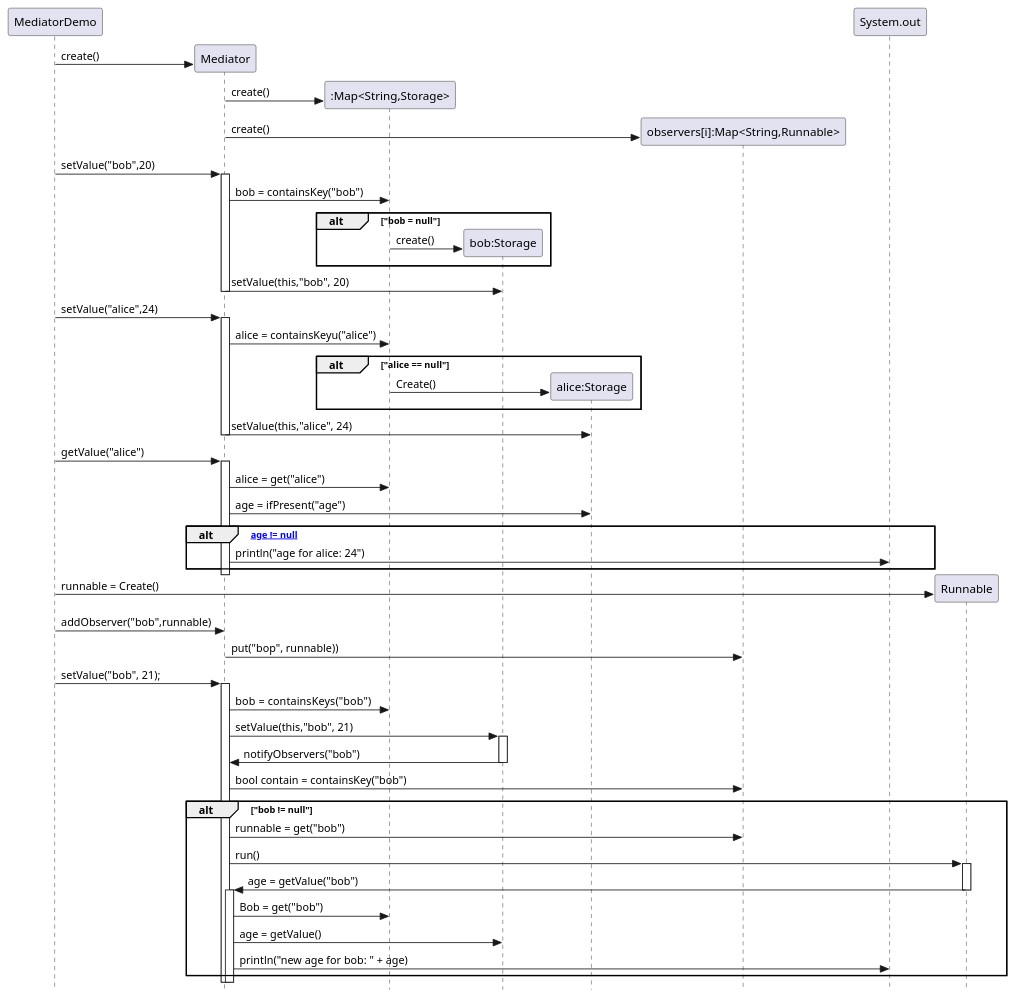
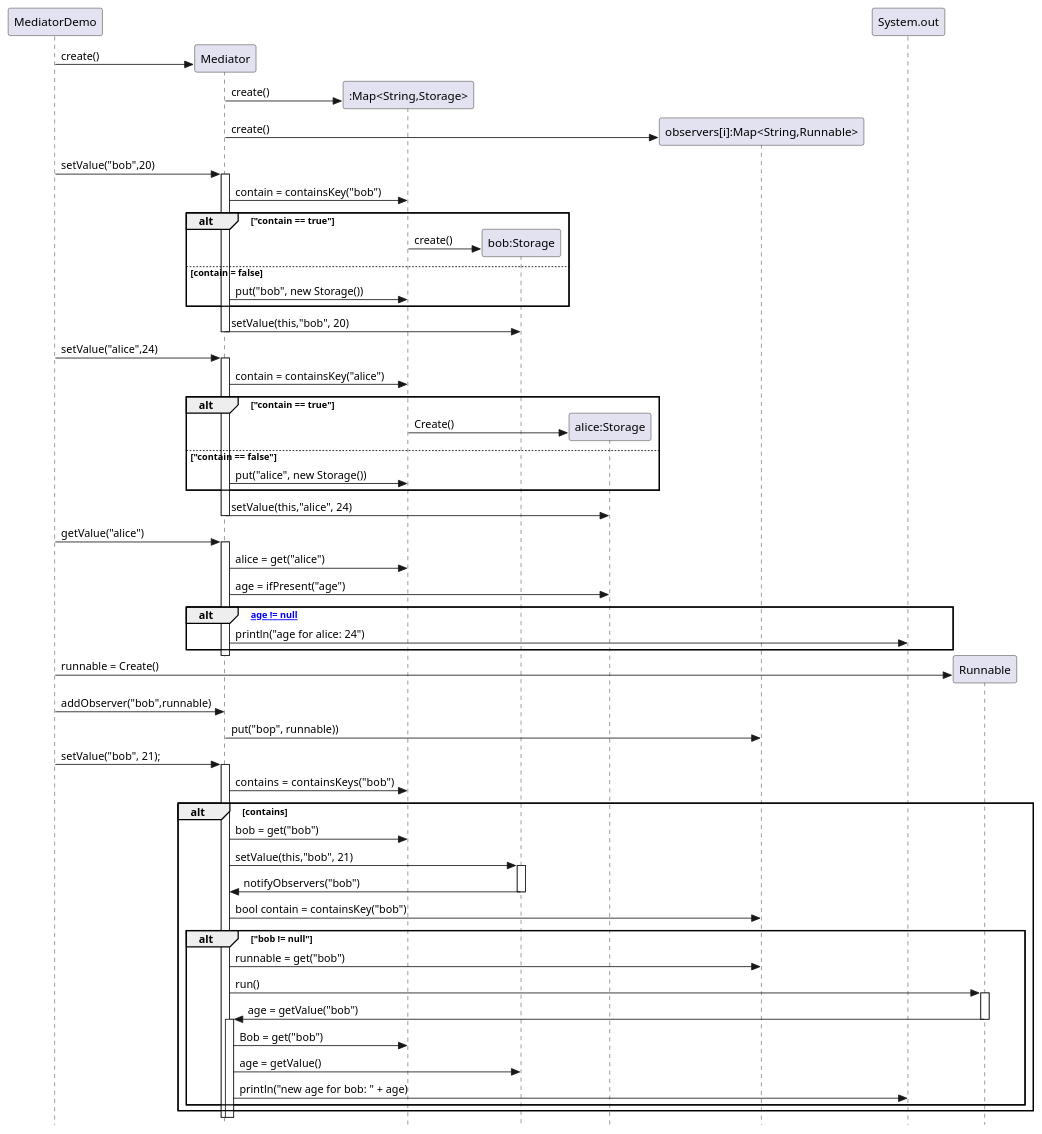
The second of 2 diagrams in src/main/java/Mediateur/Storage/README.md (yvanross/LOG121-GOF-exemples), drawn with PlantUML before and after one commit.

Commit message:
update containsKey

````diff
--- a/src/main/java/Mediateur/Storage/README.md
+++ b/src/main/java/Mediateur/Storage/README.md
@@ -15,68 +15,75 @@
 ```plantuml
 @startuml
 skinparam style strictuml
 participant MediatorDemo 
 participant Mediator
 participant ":Map<String,Storage>" as MSS
 participant "bob:Storage" as Bob
 participant "alice:Storage" as Alice
 participant "observers[i]:Map<String,Runnable>" as Observers
 
 MediatorDemo -> Mediator**: create()
 Mediator -> MSS**: create()
 Mediator -> Observers**: create()
 MediatorDemo -> Mediator: setValue("bob",20)
 activate Mediator
-Mediator -> MSS: bob = containsKey("bob")
-alt "bob = null"
+Mediator -> MSS: contain = containsKey("bob")
+alt "contain == true"
   MSS -> Bob**: create()
+else contain = false
+Mediator -> MSS: put("bob", new Storage())
 end
 Mediator -> Bob: setValue(this,"bob", 20)
 deactivate Mediator
 
 MediatorDemo -> Mediator: setValue("alice",24)
 activate Mediator
-Mediator -> MSS: alice = containsKeyu("alice")
-alt "alice == null"
+Mediator -> MSS: contain = containsKey("alice")
+alt "contain == true"
   MSS -> Alice**: Create()
+  else "contain == false"
+  Mediator -> MSS: put("alice", new Storage())
 end
 Mediator -> Alice: setValue(this,"alice", 24)
 deactivate Mediator
 
 MediatorDemo-> Mediator: getValue("alice")
 activate Mediator
 Mediator -> MSS: alice = get("alice")
 Mediator -> Alice: age = ifPresent("age")
 alt ["age != null"]
 Mediator -> System.out: println("age for alice: 24")
 end
 deactivate Mediator
 
 MediatorDemo -> Runnable**: runnable = Create()
 MediatorDemo -> Mediator: addObserver("bob",runnable) 
 Mediator -> Observers: put("bop", runnable))
 
 MediatorDemo->Mediator: setValue("bob", 21);
 activate Mediator
 
-Mediator -> MSS: bob =  containsKeys("bob")
+Mediator -> MSS: contains =  containsKeys("bob")
+alt contains
+Mediator -> MSS: bob = get("bob")
 Mediator -> Bob: setValue(this,"bob", 21)
 activate Bob
 Bob -> Mediator: notifyObservers("bob")
 deactivate Bob
 Mediator -> Observers: bool contain = containsKey("bob")
 alt "bob != null"
 Mediator -> Observers: runnable = get("bob")
 Mediator -> Runnable: run()
 activate Runnable
 Mediator <- Runnable: age = getValue("bob")
 deactivate Runnable
 activate Mediator
 Mediator -> MSS: Bob = get("bob")
 Mediator -> Bob: age = getValue()
 Mediator -> System.out: println("new age for bob: " + age)
 end
+end
 
 
 @enduml
 ```
````
